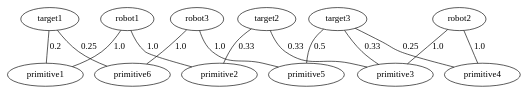
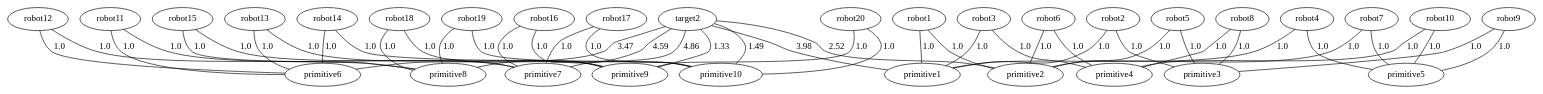
Before and after one commit to raaslab/multi-robot_task_allocation: the diagram in max_min_lp_visualization/log/general_graph.dot, drawn with Graphviz. The commit also changed 10 other files, not shown here.

```diff
--- a/max_min_lp_visualization/log/general_graph.dot
+++ b/max_min_lp_visualization/log/general_graph.dot
@@ -1,42 +1,129 @@
 strict graph {
 	graph [bb="0,0,0,0"];
 	node [label="\N"];
-	robot1	 [pos="-150.000000,75.000000)"];
-	primitive1	 [pos="-375.000000,0.000000)"];
+	robot11	 [pos="-1425.000000,75.000000)"];
+	primitive6	 [pos="-675.000000,0.000000)"];
+	robot11 -- primitive6	 [label=1.0,
+		weight=1.0];
+	primitive7	 [pos="-525.000000,0.000000)"];
+	robot11 -- primitive7	 [label=1.0,
+		weight=1.0];
+	robot12	 [pos="-1275.000000,75.000000)"];
+	robot12 -- primitive6	 [label=1.0,
+		weight=1.0];
+	primitive8	 [pos="-375.000000,0.000000)"];
+	robot12 -- primitive8	 [label=1.0,
+		weight=1.0];
+	robot13	 [pos="-1125.000000,75.000000)"];
+	robot13 -- primitive6	 [label=1.0,
+		weight=1.0];
+	primitive9	 [pos="-225.000000,0.000000)"];
+	robot13 -- primitive9	 [label=1.0,
+		weight=1.0];
+	robot14	 [pos="-975.000000,75.000000)"];
+	robot14 -- primitive6	 [label=1.0,
+		weight=1.0];
+	primitive10	 [pos="-75.000000,0.000000)"];
+	robot14 -- primitive10	 [label=1.0,
+		weight=1.0];
+	robot15	 [pos="-825.000000,75.000000)"];
+	robot15 -- primitive7	 [label=1.0,
+		weight=1.0];
+	robot15 -- primitive8	 [label=1.0,
+		weight=1.0];
+	robot16	 [pos="-675.000000,75.000000)"];
+	robot16 -- primitive7	 [label=1.0,
+		weight=1.0];
+	robot16 -- primitive9	 [label=1.0,
+		weight=1.0];
+	robot17	 [pos="-525.000000,75.000000)"];
+	robot17 -- primitive7	 [label=1.0,
+		weight=1.0];
+	robot17 -- primitive10	 [label=1.0,
+		weight=1.0];
+	robot18	 [pos="-375.000000,75.000000)"];
+	robot18 -- primitive8	 [label=1.0,
+		weight=1.0];
+	robot18 -- primitive9	 [label=1.0,
+		weight=1.0];
+	robot19	 [pos="-225.000000,75.000000)"];
+	robot19 -- primitive8	 [label=1.0,
+		weight=1.0];
+	robot19 -- primitive10	 [label=1.0,
+		weight=1.0];
+	robot20	 [pos="-75.000000,75.000000)"];
+	robot20 -- primitive9	 [label=1.0,
+		weight=1.0];
+	robot20 -- primitive10	 [label=1.0,
+		weight=1.0];
+	robot1	 [pos="75.000000,75.000000)"];
+	primitive1	 [pos="75.000000,0.000000)"];
 	robot1 -- primitive1	 [label=1.0,
 		weight=1.0];
-	primitive2	 [pos="-225.000000,0.000000)"];
+	primitive2	 [pos="225.000000,0.000000)"];
 	robot1 -- primitive2	 [label=1.0,
 		weight=1.0];
-	robot2	 [pos="0.000000,75.000000)"];
-	primitive3	 [pos="-75.000000,0.000000)"];
+	robot2	 [pos="225.000000,75.000000)"];
+	robot2 -- primitive1	 [label=1.0,
+		weight=1.0];
+	primitive3	 [pos="375.000000,0.000000)"];
 	robot2 -- primitive3	 [label=1.0,
 		weight=1.0];
-	primitive4	 [pos="75.000000,0.000000)"];
-	robot2 -- primitive4	 [label=1.0,
+	robot3	 [pos="375.000000,75.000000)"];
+	robot3 -- primitive1	 [label=1.0,
 		weight=1.0];
-	robot3	 [pos="150.000000,75.000000)"];
-	primitive5	 [pos="225.000000,0.000000)"];
-	robot3 -- primitive5	 [label=1.0,
+	primitive4	 [pos="525.000000,0.000000)"];
+	robot3 -- primitive4	 [label=1.0,
 		weight=1.0];
-	primitive6	 [pos="375.000000,0.000000)"];
-	robot3 -- primitive6	 [label=1.0,
+	robot4	 [pos="525.000000,75.000000)"];
+	robot4 -- primitive1	 [label=1.0,
 		weight=1.0];
-	target1	 [pos="-150.000000,-75.000000)"];
-	target1 -- primitive1	 [label=0.2,
-		weight=0.20000000298];
-	target1 -- primitive6	 [label=0.25,
-		weight=0.25];
+	primitive5	 [pos="675.000000,0.000000)"];
+	robot4 -- primitive5	 [label=1.0,
+		weight=1.0];
+	robot5	 [pos="675.000000,75.000000)"];
+	robot5 -- primitive2	 [label=1.0,
+		weight=1.0];
+	robot5 -- primitive3	 [label=1.0,
+		weight=1.0];
+	robot6	 [pos="825.000000,75.000000)"];
+	robot6 -- primitive2	 [label=1.0,
+		weight=1.0];
+	robot6 -- primitive4	 [label=1.0,
+		weight=1.0];
+	robot7	 [pos="975.000000,75.000000)"];
+	robot7 -- primitive2	 [label=1.0,
+		weight=1.0];
+	robot7 -- primitive5	 [label=1.0,
+		weight=1.0];
+	robot8	 [pos="1125.000000,75.000000)"];
+	robot8 -- primitive3	 [label=1.0,
+		weight=1.0];
+	robot8 -- primitive4	 [label=1.0,
+		weight=1.0];
+	robot9	 [pos="1275.000000,75.000000)"];
+	robot9 -- primitive3	 [label=1.0,
+		weight=1.0];
+	robot9 -- primitive5	 [label=1.0,
+		weight=1.0];
+	robot10	 [pos="1425.000000,75.000000)"];
+	robot10 -- primitive4	 [label=1.0,
+		weight=1.0];
+	robot10 -- primitive5	 [label=1.0,
+		weight=1.0];
 	target2	 [pos="0.000000,-75.000000)"];
-	target2 -- primitive2	 [label=0.33,
-		weight=0.333333343267];
-	target2 -- primitive3	 [label=0.33,
-		weight=0.333333343267];
-	target3	 [pos="150.000000,-75.000000)"];
-	target3 -- primitive3	 [label=0.33,
-		weight=0.333333343267];
-	target3 -- primitive4	 [label=0.25,
-		weight=0.25];
-	target3 -- primitive5	 [label=0.5,
-		weight=0.5];
+	target2 -- primitive6	 [label=3.47,
+		weight=3.47147893906];
+	target2 -- primitive7	 [label=4.86,
+		weight=4.8624548912];
+	target2 -- primitive8	 [label=4.59,
+		weight=4.58879852295];
+	target2 -- primitive9	 [label=1.33,
+		weight=1.32730269432];
+	target2 -- primitive10	 [label=1.49,
+		weight=1.48819220066];
+	target2 -- primitive1	 [label=3.98,
+		weight=3.97961306572];
+	target2 -- primitive2	 [label=2.52,
+		weight=2.52002024651];
 }
```
